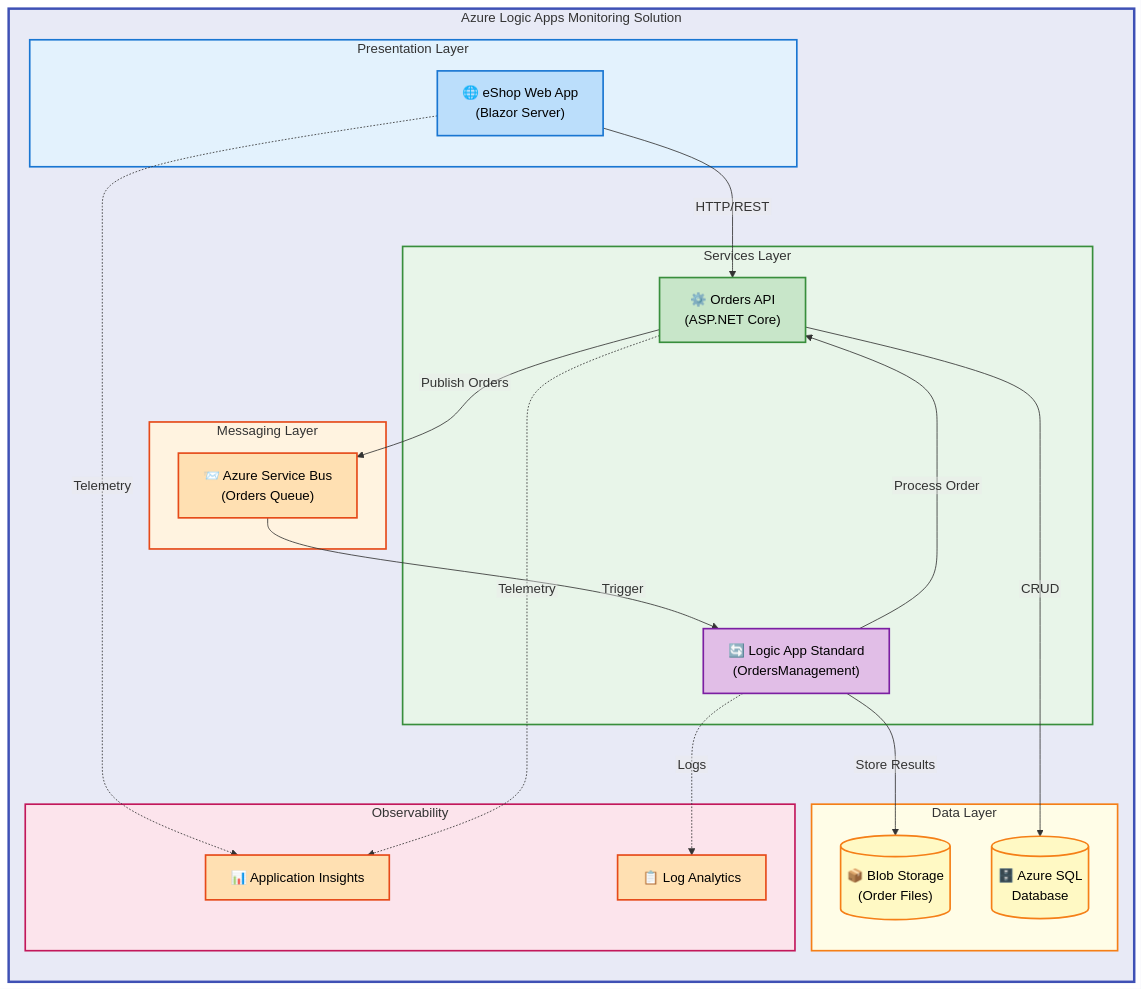
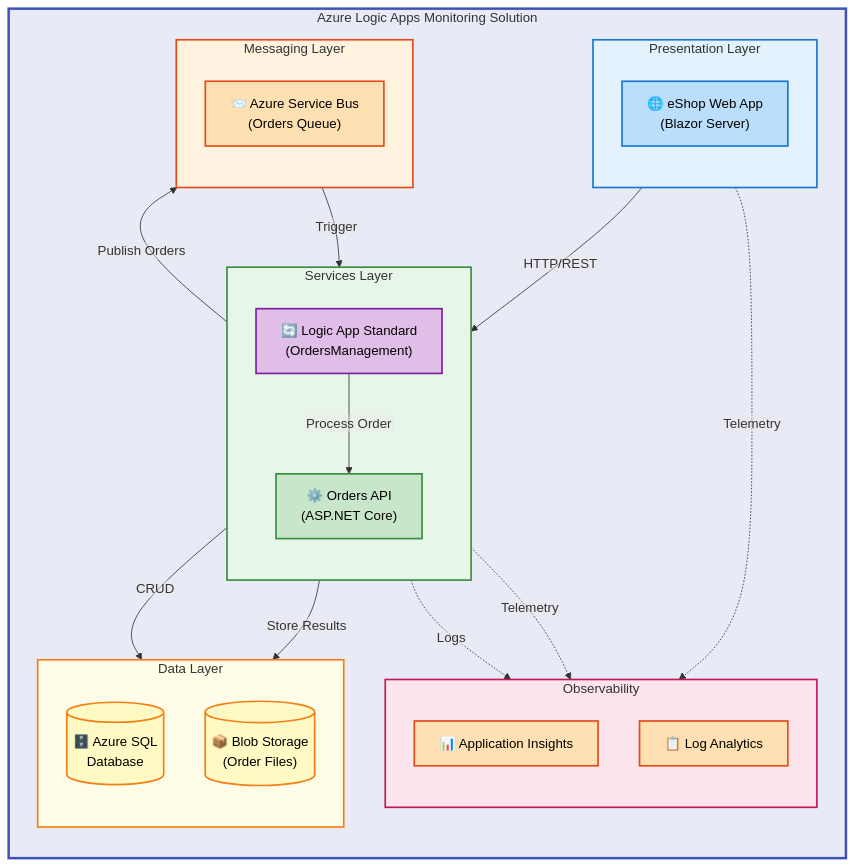
Before and after one commit to Evilazaro/Azure-LogicApps-Monitoring: the diagram in README.md, drawn with Mermaid.

Commit message:
Refactor README.md: enhance flowchart structure by adding direction for layers to improve clarity

````diff
--- a/README.md
+++ b/README.md
@@ -38,54 +38,59 @@
 ```mermaid
 %%{init: {"flowchart": {"htmlLabels": false}} }%%
 flowchart TB
     classDef mdBlue fill:#BBDEFB,stroke:#1976D2,stroke-width:2px,color:#000
     classDef mdGreen fill:#C8E6C9,stroke:#388E3C,stroke-width:2px,color:#000
     classDef mdOrange fill:#FFE0B2,stroke:#E64A19,stroke-width:2px,color:#000
     classDef mdPurple fill:#E1BEE7,stroke:#7B1FA2,stroke-width:2px,color:#000
     classDef mdYellow fill:#FFF9C4,stroke:#F57F17,stroke-width:2px,color:#000
 
     subgraph system["Azure Logic Apps Monitoring Solution"]
         direction TB
 
         subgraph presentation["Presentation Layer"]
+            direction TB
             webApp["🌐 eShop Web App<br/>(Blazor Server)"]:::mdBlue
         end
 
         subgraph services["Services Layer"]
+            direction TB
             ordersApi["⚙️ Orders API<br/>(ASP.NET Core)"]:::mdGreen
             logicApp["🔄 Logic App Standard<br/>(OrdersManagement)"]:::mdPurple
         end
 
         subgraph messaging["Messaging Layer"]
+            direction TB
             serviceBus["📨 Azure Service Bus<br/>(Orders Queue)"]:::mdOrange
         end
 
         subgraph data["Data Layer"]
+            direction TB
             sqlDb[("🗄️ Azure SQL<br/>Database")]:::mdYellow
             blobStorage[("📦 Blob Storage<br/>(Order Files)")]:::mdYellow
         end
 
         subgraph observability["Observability"]
+            direction TB
             appInsights["📊 Application Insights"]:::mdOrange
             logAnalytics["📋 Log Analytics"]:::mdOrange
         end
 
         webApp -->|"HTTP/REST"| ordersApi
         ordersApi -->|"Publish Orders"| serviceBus
         serviceBus -->|"Trigger"| logicApp
         logicApp -->|"Process Order"| ordersApi
         logicApp -->|"Store Results"| blobStorage
         ordersApi -->|"CRUD"| sqlDb
 
         webApp -.->|"Telemetry"| appInsights
         ordersApi -.->|"Telemetry"| appInsights
         logicApp -.->|"Logs"| logAnalytics
     end
 
     style system fill:#E8EAF6,stroke:#3F51B5,stroke-width:3px
     style presentation fill:#E3F2FD,stroke:#1976D2,stroke-width:2px
     style services fill:#E8F5E9,stroke:#388E3C,stroke-width:2px
     style messaging fill:#FFF3E0,stroke:#E64A19,stroke-width:2px
     style data fill:#FFFDE7,stroke:#F57F17,stroke-width:2px
     style observability fill:#FCE4EC,stroke:#C2185B,stroke-width:2px
 ```
````
